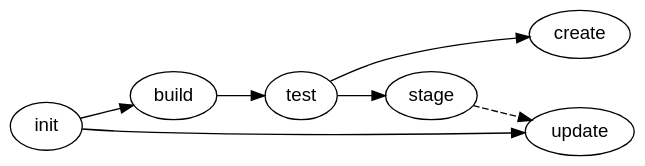
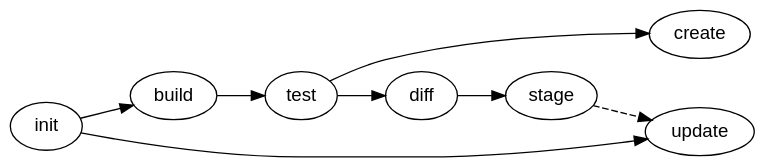
The diagram in graph.dot (emdgroup/cfn-make), drawn with Graphviz before and after one commit. The commit also changed 3 other files, not shown here.

```diff
--- a/graph.dot
+++ b/graph.dot
@@ -1,15 +1,16 @@
 digraph G {
   rankdir="LR";
   bgcolor=transparent;
   node [fontname = "sans-serif"];
   edge [fontname = "sans-serif"];
   init -> build
-  test -> stage
+  test -> diff
+  diff -> stage
   stage -> update [style=dashed]
   test -> create
   build -> test
   init -> update
 
   { rank = same; create; update }
 
 }
```
